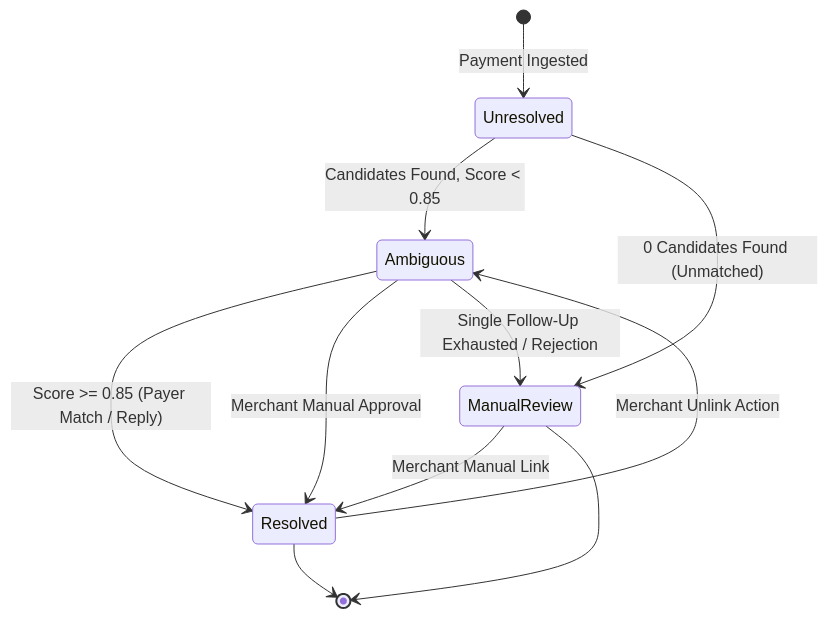
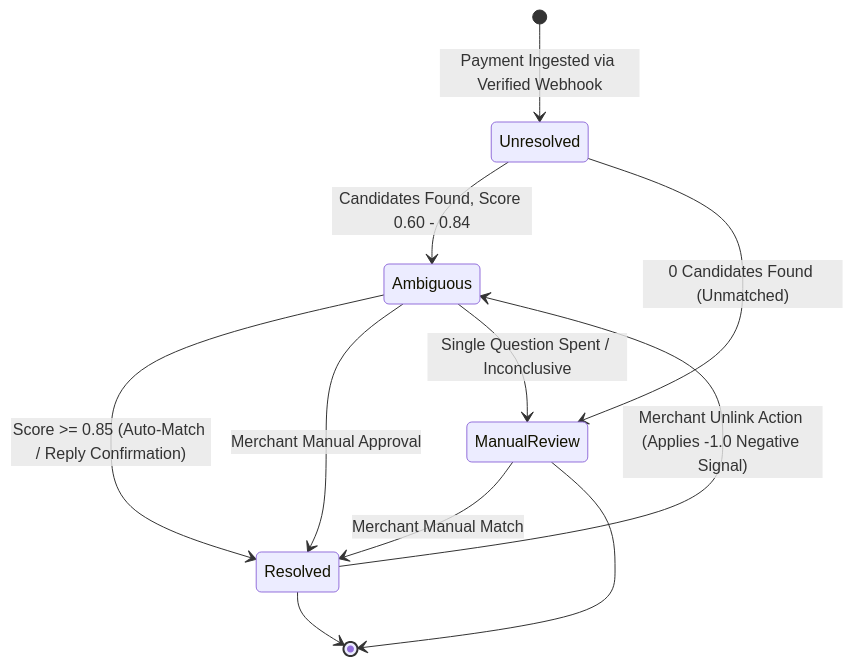
The second of 2 diagrams in README.md (prathameshmore07/kisne-bheja), drawn with Mermaid before and after one commit. The commit also changed other lines of this file and 29 other files, not shown here.

````diff
--- a/README.md
+++ b/README.md
@@ -89,16 +60,16 @@
 ```mermaid
 stateDiagram-v2
-    [*] --> Unresolved: Payment Ingested
-    Unresolved --> Ambiguous: Candidates Found, Score < 0.85
+    [*] --> Unresolved: Payment Ingested via Verified Webhook
+    Unresolved --> Ambiguous: Candidates Found, Score 0.60 - 0.84
     Unresolved --> ManualReview: 0 Candidates Found (Unmatched)
     
-    Ambiguous --> Resolved: Score >= 0.85 (Payer Match / Reply)
+    Ambiguous --> Resolved: Score >= 0.85 (Auto-Match / Reply Confirmation)
     Ambiguous --> Resolved: Merchant Manual Approval
-    Ambiguous --> ManualReview: Single Follow-Up Exhausted / Rejection
+    Ambiguous --> ManualReview: Single Question Spent / Inconclusive
     
-    Resolved --> Ambiguous: Merchant Unlink Action
-    ManualReview --> Resolved: Merchant Manual Link
+    Resolved --> Ambiguous: Merchant Unlink Action (Applies -1.0 Negative Signal)
+    ManualReview --> Resolved: Merchant Manual Match
     
     Resolved --> [*]
     ManualReview --> [*]
 ```
````
